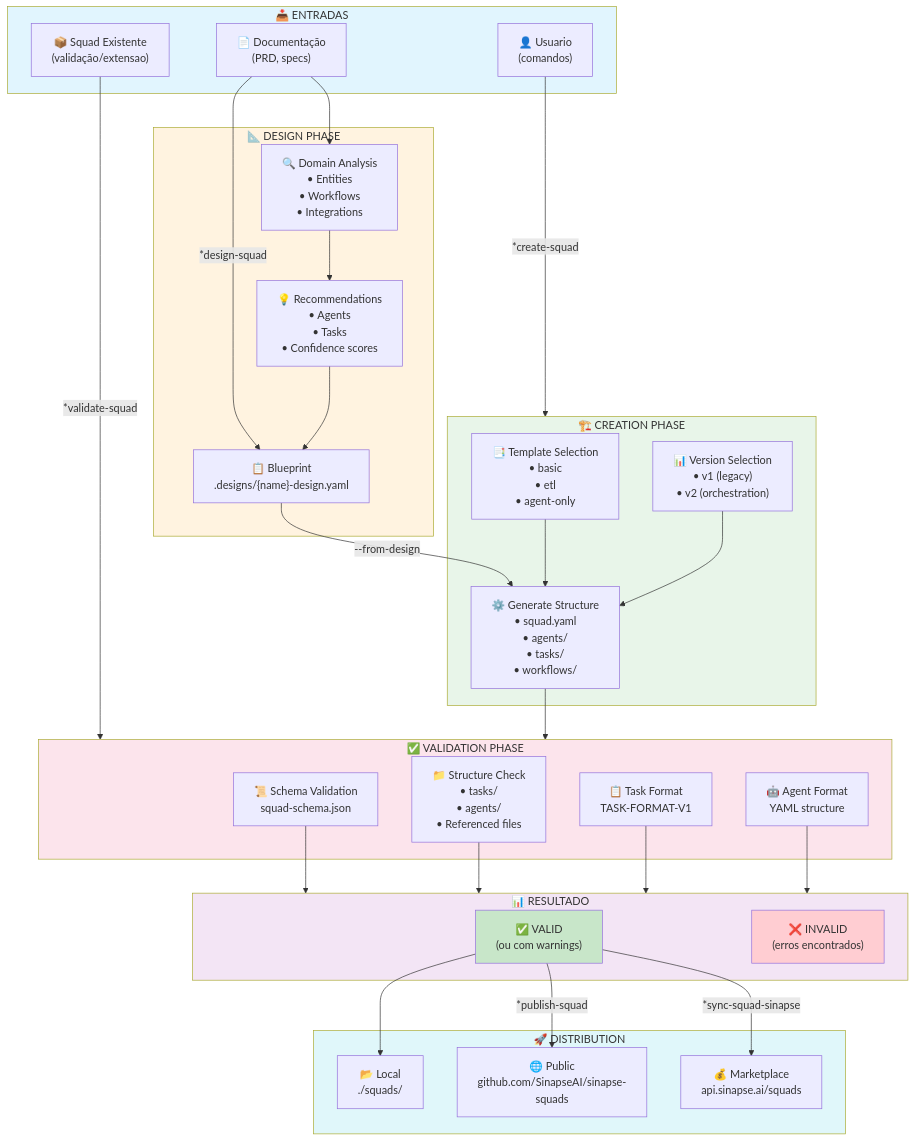
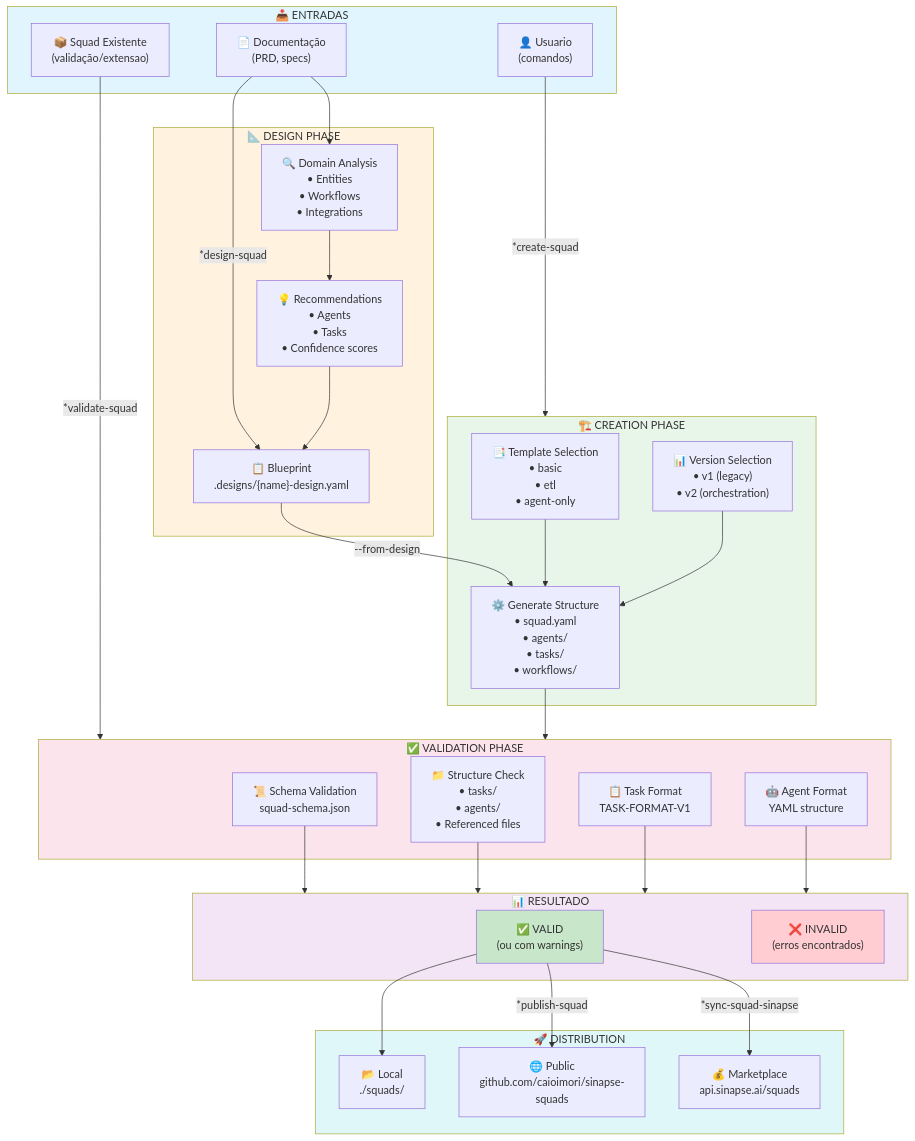
Before and after one commit to caioimori/sinapse-ai: the first of 6 diagrams in docs/sinapse-agent-flows/squad-creator-system.md, drawn with Mermaid. The commit also changed other lines of this file and 112 other files, not shown here.

````diff
--- a/docs/sinapse-agent-flows/squad-creator-system.md
+++ b/docs/sinapse-agent-flows/squad-creator-system.md
@@ -107,69 +107,69 @@
 ```mermaid
 flowchart TB
     subgraph INPUTS["📥 ENTRADAS"]
         DOCS["📄 Documentação<br/>(PRD, specs)"]
         USER["👤 Usuario<br/>(comandos)"]
         EXISTING["📦 Squad Existente<br/>(validação/extensao)"]
     end
 
     DOCS -->|"*design-squad"| BLUEPRINT
     USER -->|"*create-squad"| CREATE
     EXISTING -->|"*validate-squad"| VALIDATE
 
     subgraph DESIGN["📐 DESIGN PHASE"]
         BLUEPRINT["📋 Blueprint<br/>.designs/{name}-design.yaml"]
         ANALYSIS["🔍 Domain Analysis<br/>• Entities<br/>• Workflows<br/>• Integrations"]
         RECOMMEND["💡 Recommendations<br/>• Agents<br/>• Tasks<br/>• Confidence scores"]
     end
 
     DOCS --> ANALYSIS
     ANALYSIS --> RECOMMEND
     RECOMMEND --> BLUEPRINT
 
     subgraph CREATE["🏗️ CREATION PHASE"]
         TEMPLATE["📑 Template Selection<br/>• basic<br/>• etl<br/>• agent-only"]
         VERSION["📊 Version Selection<br/>• v1 (legacy)<br/>• v2 (orchestration)"]
         GENERATE["⚙️ Generate Structure<br/>• squad.yaml<br/>• agents/<br/>• tasks/<br/>• workflows/"]
     end
 
     BLUEPRINT -->|"--from-design"| GENERATE
     TEMPLATE --> GENERATE
     VERSION --> GENERATE
 
     subgraph VALIDATE["✅ VALIDATION PHASE"]
         SCHEMA["📜 Schema Validation<br/>squad-schema.json"]
         STRUCTURE["📁 Structure Check<br/>• tasks/<br/>• agents/<br/>• Referenced files"]
         TASK_FMT["📋 Task Format<br/>TASK-FORMAT-V1"]
         AGENT_FMT["🤖 Agent Format<br/>YAML structure"]
     end
 
     GENERATE --> VALIDATE
     SCHEMA --> RESULT
     STRUCTURE --> RESULT
     TASK_FMT --> RESULT
     AGENT_FMT --> RESULT
 
     subgraph RESULT["📊 RESULTADO"]
         VALID["✅ VALID<br/>(ou com warnings)"]
         INVALID["❌ INVALID<br/>(erros encontrados)"]
     end
 
     subgraph DISTRIBUTE["🚀 DISTRIBUTION"]
         LOCAL["📂 Local<br/>./squads/"]
-        PUBLIC["🌐 Public<br/>github.com/SinapseAI/sinapse-squads"]
+        PUBLIC["🌐 Public<br/>github.com/caioimori/sinapse-squads"]
         MARKET["💰 Marketplace<br/>api.sinapse.ai/squads"]
     end
 
     VALID --> LOCAL
     VALID -->|"*publish-squad"| PUBLIC
     VALID -->|"*sync-squad-sinapse"| MARKET
 
     style INPUTS fill:#e1f5fe
     style DESIGN fill:#fff3e0
     style CREATE fill:#e8f5e9
     style VALIDATE fill:#fce4ec
     style RESULT fill:#f3e5f5
     style DISTRIBUTE fill:#e0f7fa
     style VALID fill:#c8e6c9
     style INVALID fill:#ffcdd2
 ```
````
